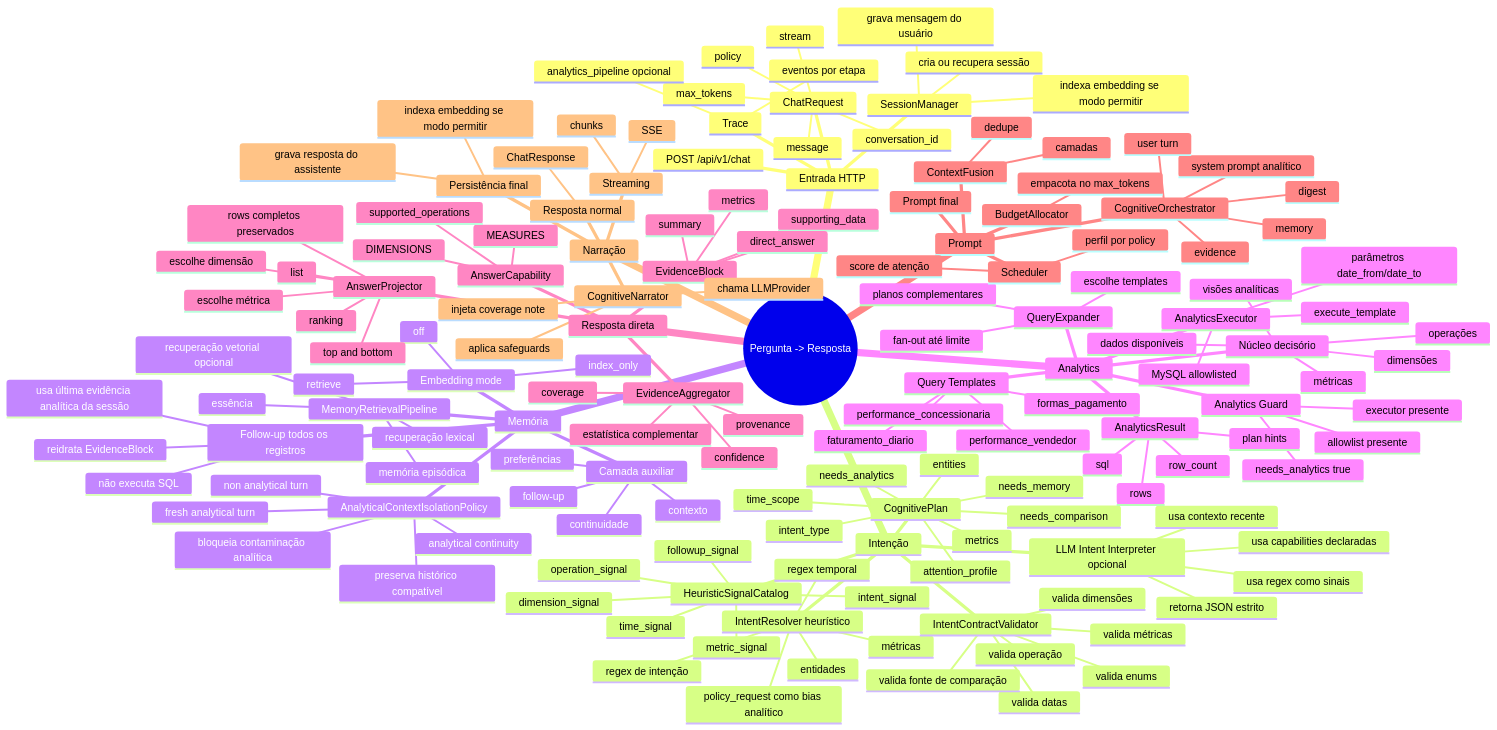
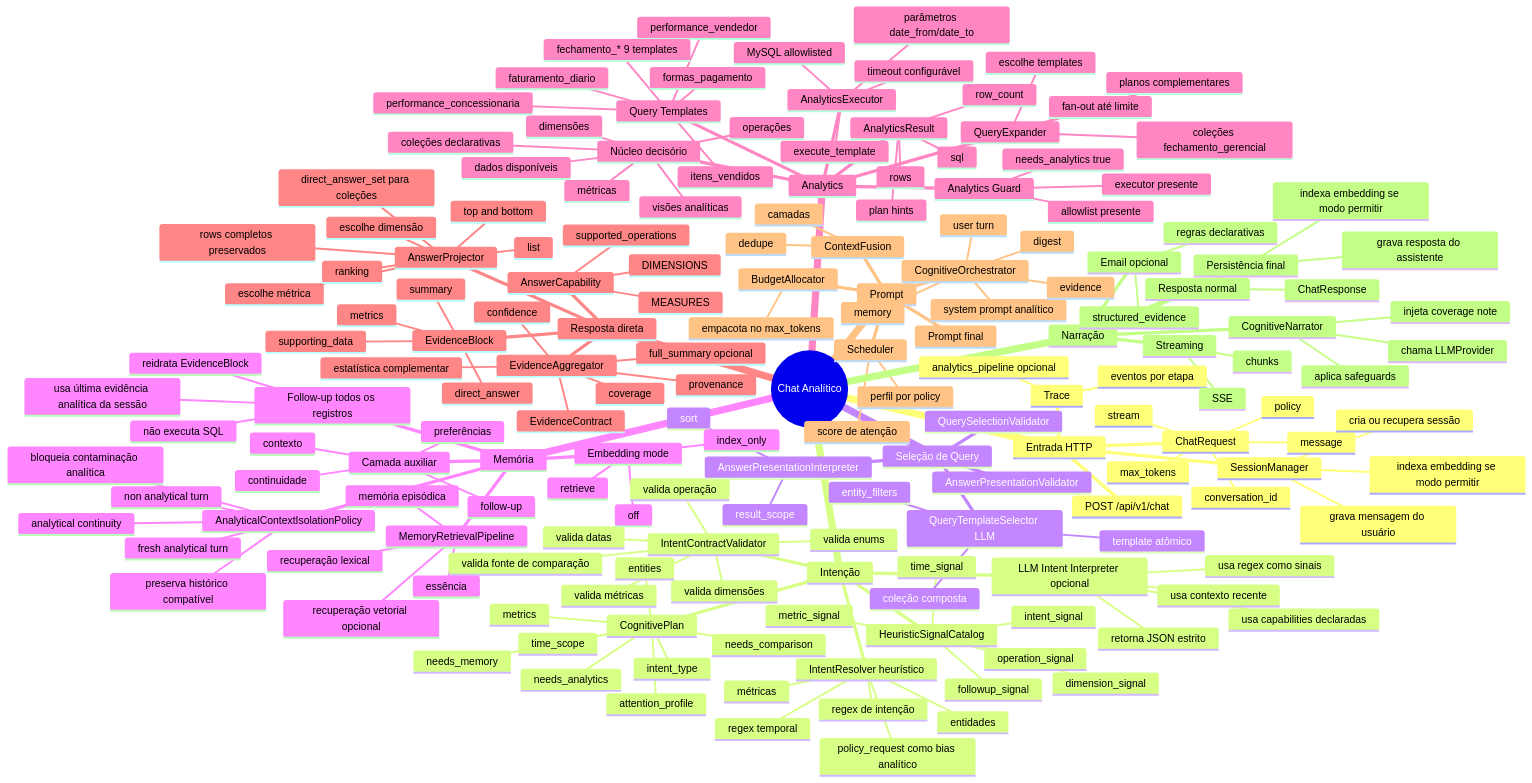
Before and after one commit to cristianosantana/jupter_notebook: the first of 4 diagrams in orion_mcp_v3/docs/architecture/MAPA_MENTAL_FLUXO_PONTA_A_PONTA.md, drawn with Mermaid. The commit also changed other lines of this file, not shown here.

First line of the commit message:
Atualizei o [`docs/architecture/MAPA_MENTAL_FLUXO_PONTA_A_PONTA.md`](docs/architecture/MAPA_MENTAL_FLUXO_PONTA_A_PONTA.md) para refletir o estado atual do projeto. Resumo das mudanças:

````diff
--- a/orion_mcp_v3/docs/architecture/MAPA_MENTAL_FLUXO_PONTA_A_PONTA.md
+++ b/orion_mcp_v3/docs/architecture/MAPA_MENTAL_FLUXO_PONTA_A_PONTA.md
@@ -22,6 +42,6 @@
 ```mermaid
 mindmap
-  root((Pergunta -> Resposta))
+  root((Chat Analítico))
     Entrada HTTP
       POST /api/v1/chat
       ChatRequest
@@ -72,6 +92,16 @@
         metrics
         entities
         attention_profile
+    Seleção de Query
+      QueryTemplateSelector LLM
+        template atômico
+        coleção composta
+        entity_filters
+      QuerySelectionValidator
+      AnswerPresentationInterpreter
+        result_scope
+        sort
+      AnswerPresentationValidator
     Memória
       Camada auxiliar
         contexto
@@ -104,6 +134,7 @@
         dimensões
         operações
         visões analíticas
+        coleções declarativas
       Analytics Guard
         executor presente
         allowlist presente
@@ -112,15 +143,19 @@
         escolhe templates
         fan-out até limite
         planos complementares
+        coleções fechamento_gerencial
       Query Templates
         faturamento_diario
         formas_pagamento
         performance_concessionaria
         performance_vendedor
+        itens_vendidos
+        fechamento_* 9 templates
       AnalyticsExecutor
         execute_template
         parâmetros date_from/date_to
         MySQL allowlisted
+        timeout configurável
       AnalyticsResult
         rows
         row_count
@@ -138,11 +173,14 @@
         top and bottom
         list
         rows completos preservados
+        direct_answer_set para coleções
       EvidenceAggregator
         estatística complementar
         confidence
         coverage
         provenance
+        EvidenceContract
+        full_summary opcional
       EvidenceBlock
         summary
         metrics
@@ -174,6 +212,9 @@
       Streaming
         SSE
         chunks
+      Email opcional
+        structured_evidence
+        regras declarativas
       Persistência final
         grava resposta do assistente
         indexa embedding se modo permitir
````
